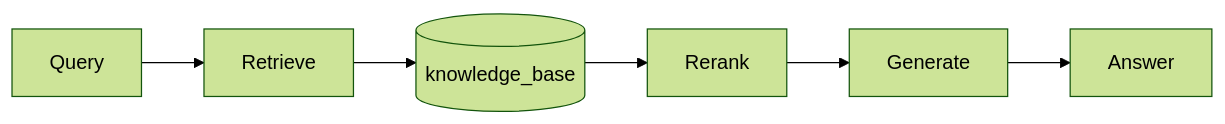
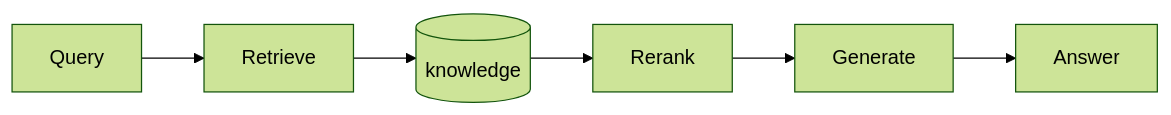
Diagram 11 of 11 in docs/engine/030-the-perception.md (ThreeFish-AI/agentic-ai-cognizes), drawn with Mermaid (forest theme) before and after one commit. The commit also changed other lines of this file, not shown here.

First line of the commit message:
refactor(perception): 重命名 knowledge_base 表为 knowledge;

````diff
--- a/docs/engine/030-the-perception.md
+++ b/docs/engine/030-the-perception.md
@@ -2208,8 +2208,8 @@
 ```mermaid
 flowchart LR
     Q[Query] --> R[Retrieve]
-    R --> KB[(knowledge_base)]
+    R --> KB[(knowledge)]
     KB --> RK[Rerank]
     RK --> G[Generate]
     G --> A[Answer]
 ```
````
